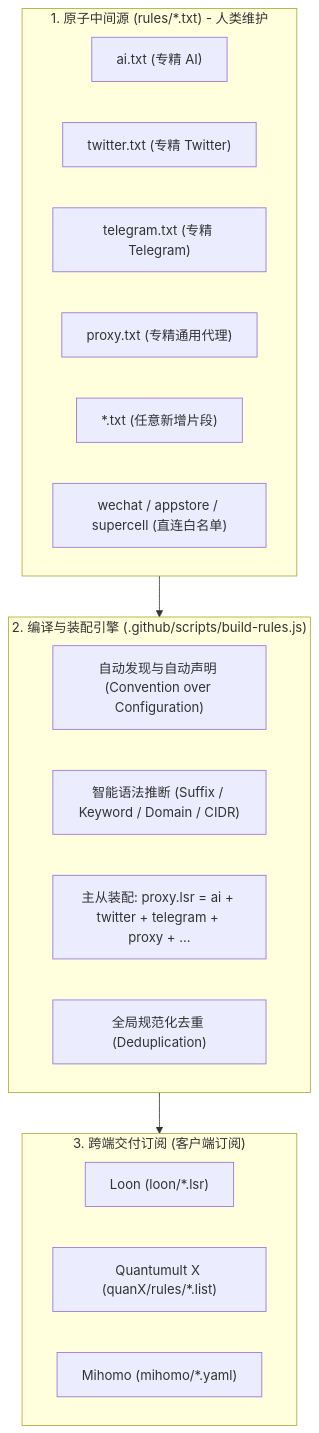
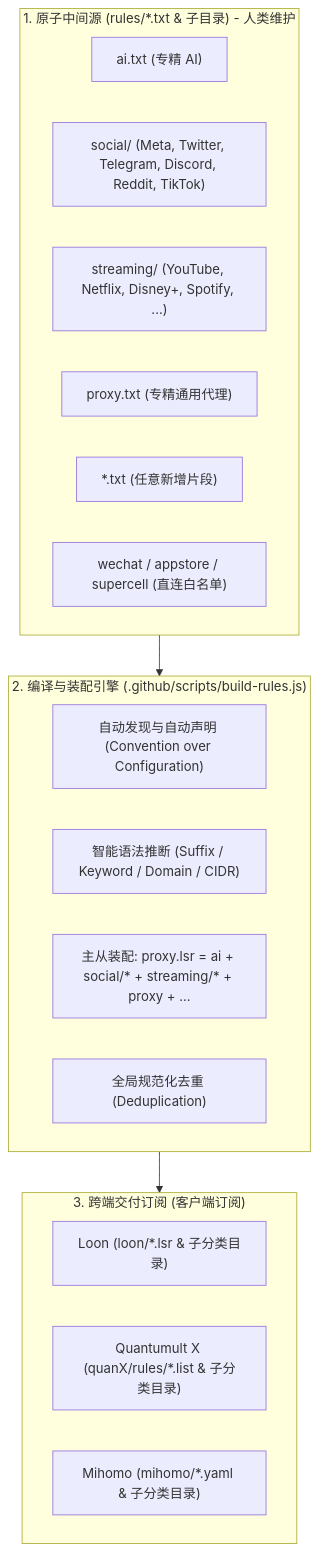
One commit to fishyo/someLoonThings changed the diagram in rules/README.md. Above: the diagram before and after it, drawn with Mermaid. The commit also changed other lines of this file and 180 other files, not shown here.

Commit message:
feat(rules): refactor secondary rulesets into atomic subfolders, complete Meta CIDRs, and add changelog

````diff
--- a/rules/README.md
+++ b/rules/README.md
@@ -9,27 +9,27 @@
 ```mermaid
 flowchart TD
-    subgraph Layer1["1. 原子中间源 (rules/*.txt) - 人类维护"]
+    subgraph Layer1["1. 原子中间源 (rules/*.txt & 子目录) - 人类维护"]
         ai["ai.txt (专精 AI)"]
-        tw["twitter.txt (专精 Twitter)"]
-        tg["telegram.txt (专精 Telegram)"]
+        social["social/ (Meta, Twitter, Telegram, Discord, Reddit, TikTok)"]
+        streaming["streaming/ (YouTube, Netflix, Disney+, Spotify, ...)"]
         proxy["proxy.txt (专精通用代理)"]
         custom["*.txt (任意新增片段)"]
         direct["wechat / appstore / supercell (直连白名单)"]
     end
 
     subgraph Layer2["2. 编译与装配引擎 (.github/scripts/build-rules.js)"]
         discover["自动发现与自动声明 (Convention over Configuration)"]
         infer["智能语法推断 (Suffix / Keyword / Domain / CIDR)"]
-        assembly["主从装配: proxy.lsr = ai + twitter + telegram + proxy + ..."]
+        assembly["主从装配: proxy.lsr = ai + social/* + streaming/* + proxy + ..."]
         dedup["全局规范化去重 (Deduplication)"]
     end
 
     subgraph Layer3["3. 跨端交付订阅 (客户端订阅)"]
-        loon["Loon (loon/*.lsr)"]
-        qx["Quantumult X (quanX/rules/*.list)"]
-        mihomo["Mihomo (mihomo/*.yaml)"]
+        loon["Loon (loon/*.lsr & 子分类目录)"]
+        qx["Quantumult X (quanX/rules/*.list & 子分类目录)"]
+        mihomo["Mihomo (mihomo/*.yaml & 子分类目录)"]
     end
 
     Layer1 --> Layer2
     Layer2 --> Layer3
 ```
````
